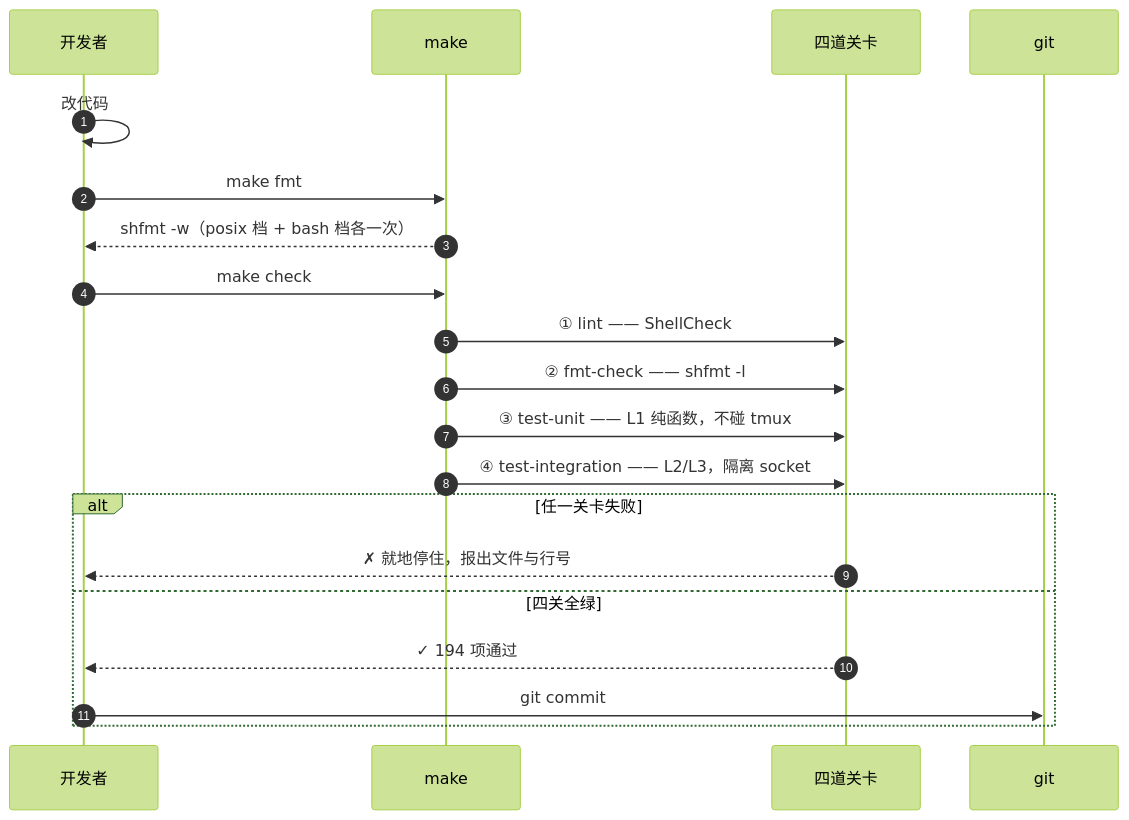
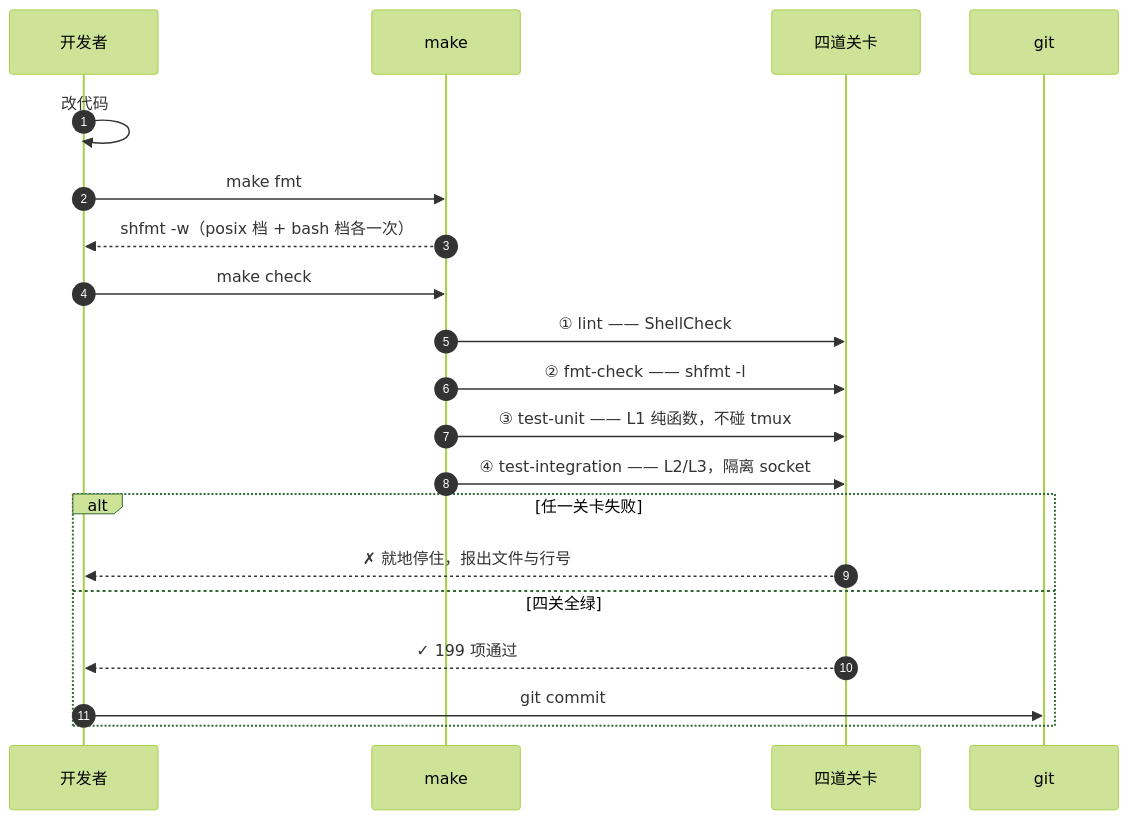
Before and after one commit to rich1e/tmux-whistle: the first of 2 diagrams in docs/development.md, drawn with Mermaid (forest theme). The commit also changed 10 other files, not shown here.

````diff
--- a/docs/development.md
+++ b/docs/development.md
@@ -55,23 +55,23 @@
 ```mermaid
 sequenceDiagram
     autonumber
     participant Dev as 开发者
     participant mk as make
     participant gate as 四道关卡
     participant git as git
 
     Dev->>Dev: 改代码
     Dev->>mk: make fmt
     mk-->>Dev: shfmt -w（posix 档 + bash 档各一次）
     Dev->>mk: make check
     mk->>gate: ① lint —— ShellCheck
     mk->>gate: ② fmt-check —— shfmt -l
     mk->>gate: ③ test-unit —— L1 纯函数，不碰 tmux
     mk->>gate: ④ test-integration —— L2/L3，隔离 socket
     alt 任一关卡失败
         gate-->>Dev: ✗ 就地停住，报出文件与行号
     else 四关全绿
-        gate-->>Dev: ✓ 194 项通过
+        gate-->>Dev: ✓ 199 项通过
         Dev->>git: git commit
     end
 ```
````
